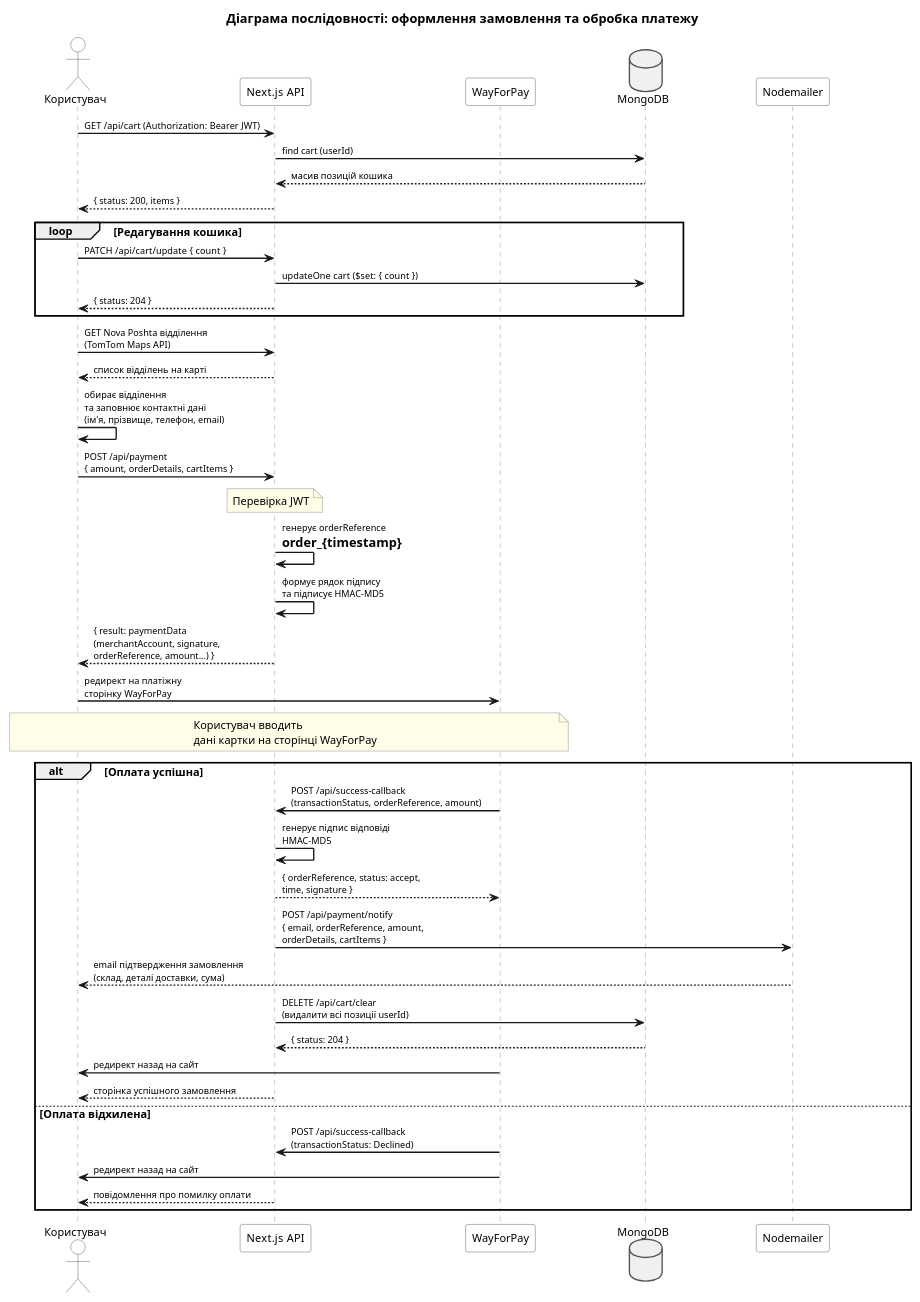
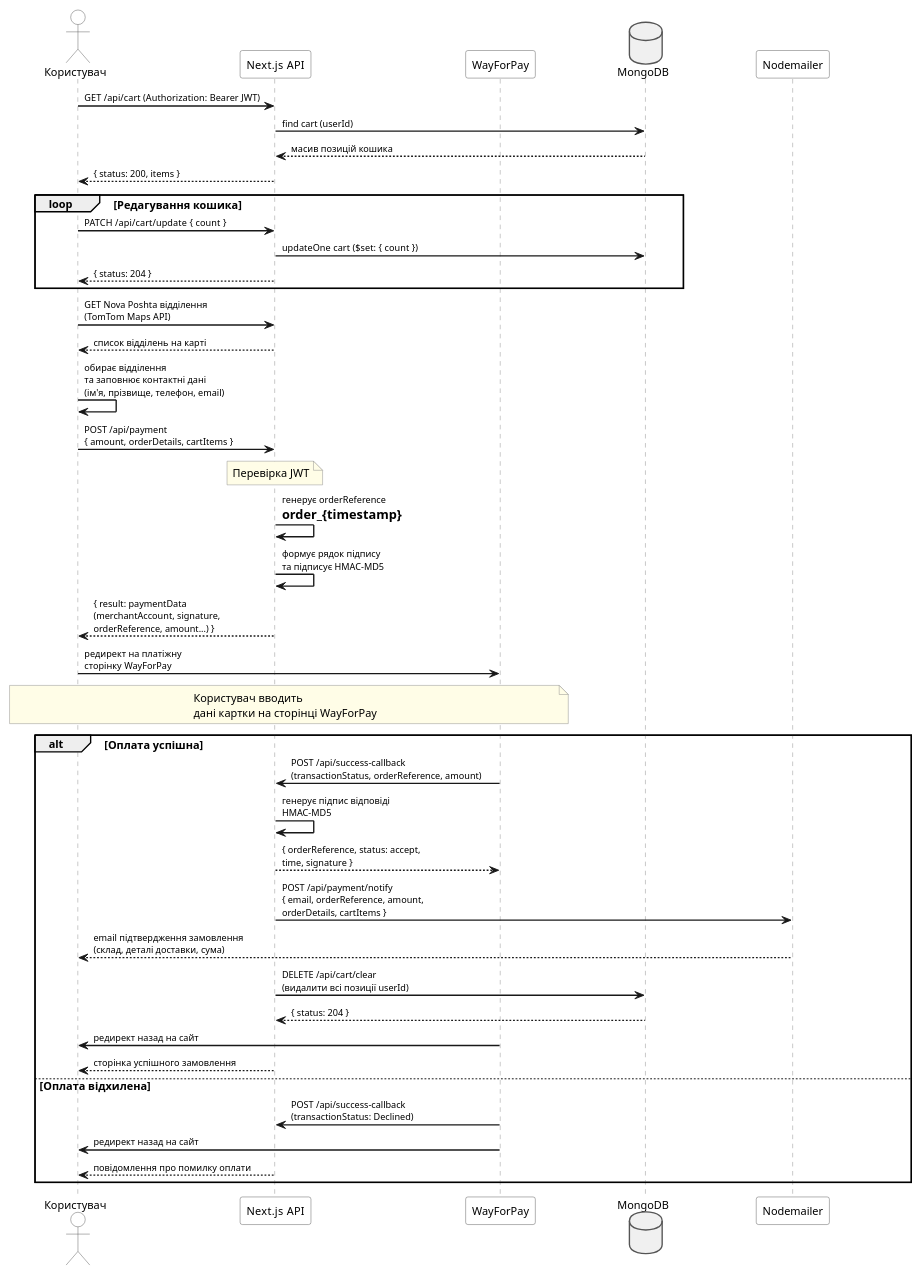
One commit to ViktorMinaylenko/RoyalTick changed the diagram in diagrams/sequence_payment.puml. Above: the diagram before and after it, drawn with PlantUML. The commit also changed 82 other files, not shown here.

```diff
--- a/diagrams/sequence_payment.puml
+++ b/diagrams/sequence_payment.puml
@@ -1,73 +1,71 @@
 @startuml
 skinparam backgroundColor #FFFFFF
 skinparam defaultFontName Arial
 skinparam defaultFontSize 12
 skinparam sequenceArrowThickness 1.5
 skinparam sequenceParticipantBorderColor #555555
 skinparam sequenceParticipantBackgroundColor #FFFFFF
 skinparam sequenceLifeLineBorderColor #888888
 skinparam sequenceBoxBorderColor #888888
 skinparam sequenceBoxBackgroundColor #F8F8F8
 skinparam ArrowFontSize 10
 skinparam noteBorderColor #888888
 skinparam noteBackgroundColor #FFFDE7
 skinparam actorBorderColor #555555
 skinparam actorBackgroundColor #FFFFFF
 skinparam databaseBorderColor #555555
 skinparam databaseBackgroundColor #F0F0F0
 skinparam ParticipantPadding 80
 skinparam BoxPadding 60
-
-title Діаграма послідовності: оформлення замовлення та обробка платежу
 
 actor "Користувач" as USER
 participant "Next.js  API" as API
 participant "WayForPay" as WFP
 database "MongoDB" as DB
 participant "Nodemailer" as MAIL
 
 USER -> API: GET /api/cart  (Authorization: Bearer JWT)
 API -> DB: find cart (userId)
 DB --> API: масив позицій кошика
 API --> USER: { status: 200, items }
 
 loop Редагування кошика
   USER -> API: PATCH /api/cart/update  { count }
   API -> DB: updateOne cart  ($set: { count })
   API --> USER: { status: 204 }
 end
 
 USER -> API: GET Nova Poshta відділення\n(TomTom Maps API)
 API --> USER: список відділень на карті
 USER -> USER: обирає відділення\nта заповнює контактні дані\n(ім'я, прізвище, телефон, email)
 
 USER -> API: POST /api/payment\n{ amount, orderDetails, cartItems }
 note over API: Перевірка JWT
 API -> API: генерує orderReference\n= order_{timestamp}
 API -> API: формує рядок підпису\nта підписує HMAC-MD5
 API --> USER: { result: paymentData\n(merchantAccount, signature,\norderReference, amount...) }
 
 USER -> WFP: редирект на платіжну\nсторінку WayForPay
 note over USER, WFP: Користувач вводить\nдані картки на сторінці WayForPay
 
 
 alt Оплата успішна
   WFP -> API: POST /api/success-callback\n(transactionStatus, orderReference, amount)
   API -> API: генерує підпис відповіді\nHMAC-MD5
   API --> WFP: { orderReference, status: accept,\ntime, signature }
 
   API -> MAIL: POST /api/payment/notify\n{ email, orderReference, amount,\norderDetails, cartItems }
   MAIL --> USER: email підтвердження замовлення\n(склад, деталі доставки, сума)
 
   API -> DB: DELETE /api/cart/clear\n(видалити всі позиції userId)
   DB --> API: { status: 204 }
 
   WFP -> USER: редирект назад на сайт
   API --> USER: сторінка успішного замовлення
 
 else Оплата відхилена
   WFP -> API: POST /api/success-callback\n(transactionStatus: Declined)
   WFP -> USER: редирект назад на сайт
   API --> USER: повідомлення про помилку оплати
 end
 @enduml
```
